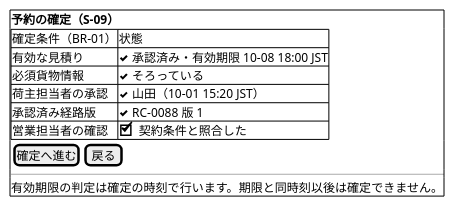
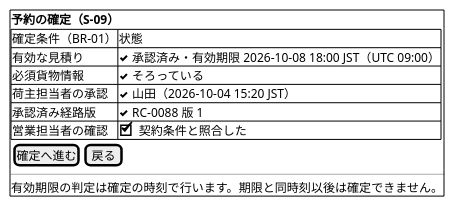
Before and after one commit to k2works/practical-domain-driven-design-in-enterpris-application: diagram 15 of 21 in docs/design/cargo-tracker/ui_design.md, drawn with PlantUML. The commit also changed other lines of this file and 25 other files, not shown here.

````diff
--- a/docs/design/cargo-tracker/ui_design.md
+++ b/docs/design/cargo-tracker/ui_design.md
@@ -395,18 +577,18 @@
 ```plantuml
 @startsalt
 {+
   <b>予約の確定（S-09）
   {#
     確定条件（BR-01） | 状態
-    有効な見積り | <&check> 承認済み・有効期限 10-08 18:00 JST
+    有効な見積り | <&check> 承認済み・有効期限 2026-10-08 18:00 JST（UTC 09:00）
     必須貨物情報 | <&check> そろっている
-    荷主担当者の承認 | <&check> 山田（10-01 15:20 JST）
+    荷主担当者の承認 | <&check> 山田（2026-10-04 15:20 JST）
     承認済み経路版 | <&check> RC-0088 版 1
     営業担当者の確認 | [X] 契約条件と照合した
   }
   { [ 確定へ進む ] | [ 戻る ] }
   ---
   有効期限の判定は確定の時刻で行います。期限と同時刻以後は確定できません。
 }
 @endsalt
 ```
````
